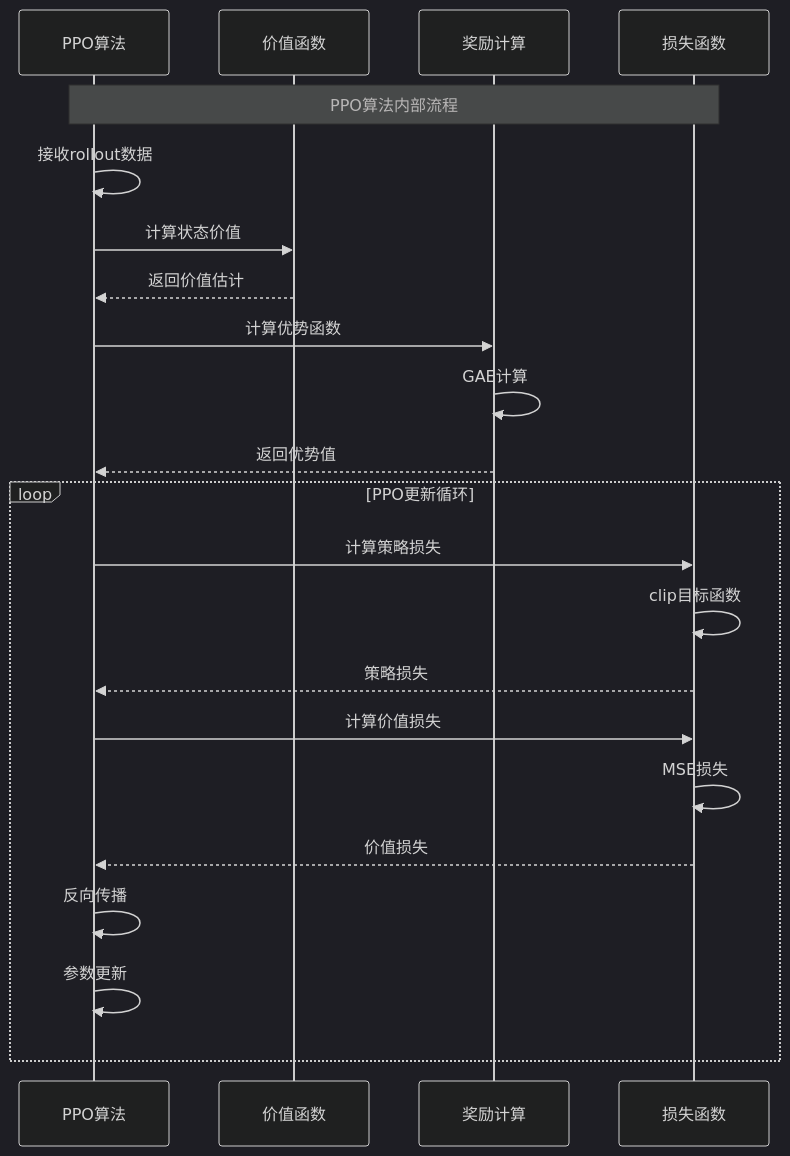
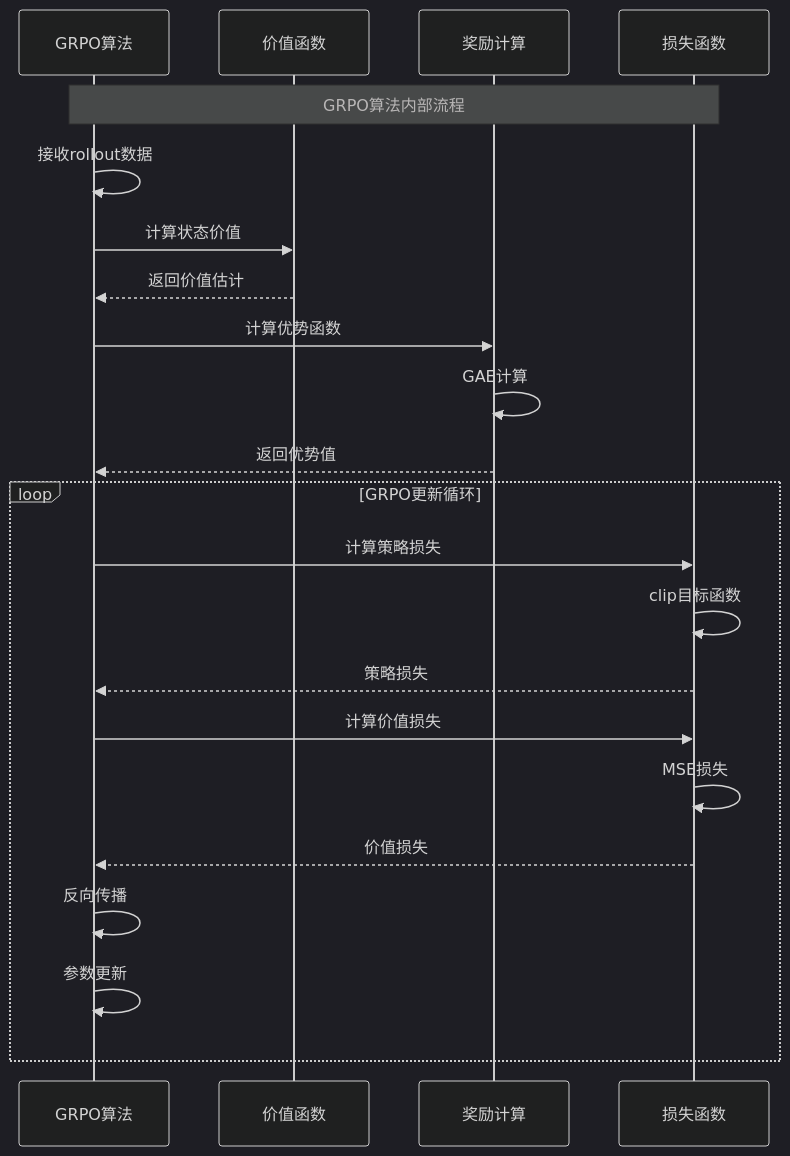
The ninth of 14 diagrams in docs/architecture/arealite_architecture.md (zhshgmail/AReaL), drawn with Mermaid (dark theme) before and after one commit. The commit also changed other lines of this file and 12 other files, not shown here.

Commit message:
update architecture docs

````diff
--- a/docs/architecture/arealite_architecture.md
+++ b/docs/architecture/arealite_architecture.md
@@ -401,30 +401,30 @@
 ```mermaid
 sequenceDiagram
-    participant P as PPO算法
+    participant P as GRPO算法
     participant V as 价值函数
     participant R as 奖励计算
     participant L as 损失函数
     
-    Note over P,L: PPO算法内部流程
+    Note over P,L: GRPO算法内部流程
     
     P->>P: 接收rollout数据
     P->>V: 计算状态价值
     V-->>P: 返回价值估计
     
     P->>R: 计算优势函数
     R->>R: GAE计算
     R-->>P: 返回优势值
     
-    loop PPO更新循环
+    loop GRPO更新循环
         P->>L: 计算策略损失
         L->>L: clip目标函数
         L-->>P: 策略损失
         
         P->>L: 计算价值损失
         L->>L: MSE损失
         L-->>P: 价值损失
         
         P->>P: 反向传播
         P->>P: 参数更新
     end
 ```
````
